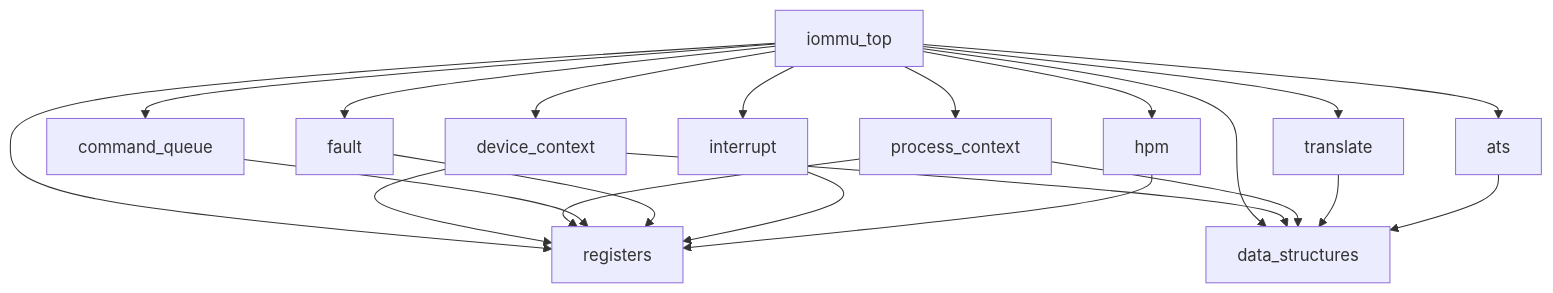
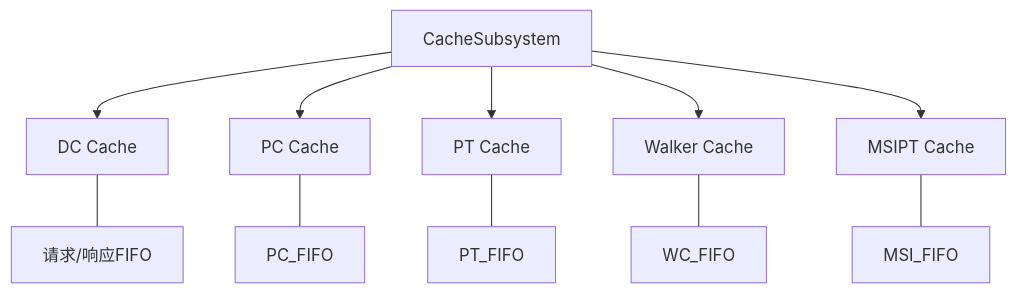
The fifth of 6 diagrams in .qoder/repowiki/zh/content/项目概述/项目概述.md (jiangjiang1122/iommu_model_20260401_v1), drawn with Mermaid before and after one commit. The commit also changed other lines of this file and 92 other files, not shown here.

````diff
--- a/.qoder/repowiki/zh/content/项目概述/项目概述.md
+++ b/.qoder/repowiki/zh/content/项目概述/项目概述.md
@@ -310,34 +261,19 @@
 ```mermaid
 graph TB
-TOP["iommu_top"]
-REG["registers"]
-DS["data_structures"]
-DC["device_context"]
-PC["process_context"]
-TRANS["translate"]
-ATS["ats"]
-CMD["command_queue"]
-FAULT["fault"]
-INT["interrupt"]
-HPM["hpm"]
-TOP --> REG
-TOP --> DS
-TOP --> DC
-TOP --> PC
-TOP --> TRANS
-TOP --> ATS
-TOP --> CMD
-TOP --> FAULT
-TOP --> INT
-TOP --> HPM
-DC --> REG
-DC --> DS
-PC --> REG
-PC --> DS
-TRANS --> DS
-ATS --> DS
-CMD --> REG
-FAULT --> REG
-INT --> REG
-HPM --> REG
+CS["CacheSubsystem"]
+DC["DC Cache"]
+PC["PC Cache"]
+PT["PT Cache"]
+WC["Walker Cache"]
+MSI["MSIPT Cache"]
+CS --> DC
+CS --> PC
+CS --> PT
+CS --> WC
+CS --> MSI
+DC --- DC_FIFO["请求/响应FIFO"]
+PC --- PC_FIFO
+PT --- PT_FIFO
+WC --- WC_FIFO
+MSI --- MSI_FIFO
 ```
````
